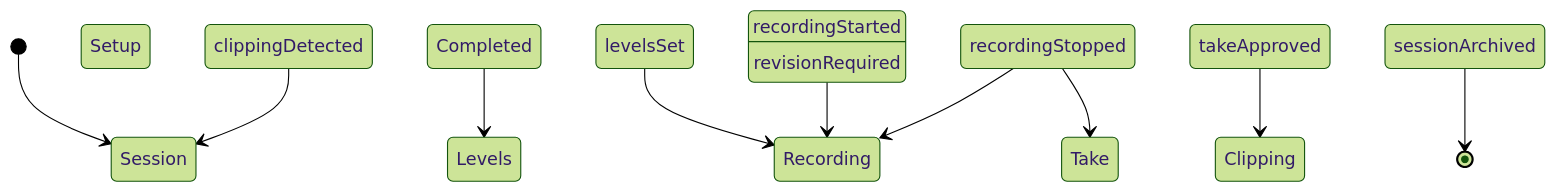
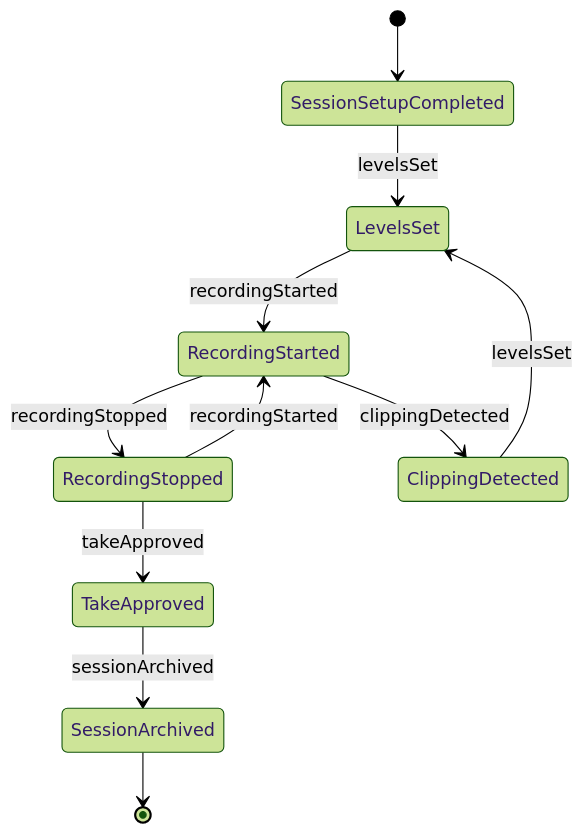
The second of 4 diagrams in ControllingMachinesAndProcesses/OperateAudiovisualOrRelatedEquipment/OperateAudioRecordingEquipment.mdx (dot-org-ai/tasks.org.ai), drawn with Mermaid (forest theme) before and after one commit. The commit also changed other lines of this file and 515 other files, not shown here.

````diff
--- a/ControllingMachinesAndProcesses/OperateAudiovisualOrRelatedEquipment/OperateAudioRecordingEquipment.mdx
+++ b/ControllingMachinesAndProcesses/OperateAudiovisualOrRelatedEquipment/OperateAudioRecordingEquipment.mdx
@@ -98,12 +98,13 @@
 ```mermaid
 stateDiagram-v2
-    [*] --> Session Setup Completed
-    Session Setup Completed --> Levels Set : levelsSet
-    Levels Set --> Recording Started : recordingStarted
-    Recording Started --> Recording Stopped : recordingStopped
-    Recording Stopped --> Take Approved : takeApproved
-    Take Approved --> Clipping Detected : clippingDetected
-    Clipping Detected --> Session Archived : sessionArchived
-    Recording Stopped --> Recording Started : revisionRequired
-    Session Archived --> [*]
+    [*] --> SessionSetupCompleted
+    SessionSetupCompleted --> LevelsSet : levelsSet
+    LevelsSet --> RecordingStarted : recordingStarted
+    RecordingStarted --> RecordingStopped : recordingStopped
+    RecordingStarted --> ClippingDetected : clippingDetected
+    ClippingDetected --> LevelsSet : levelsSet
+    RecordingStopped --> TakeApproved : takeApproved
+    RecordingStopped --> RecordingStarted : recordingStarted
+    TakeApproved --> SessionArchived : sessionArchived
+    SessionArchived --> [*]
 ```
````
